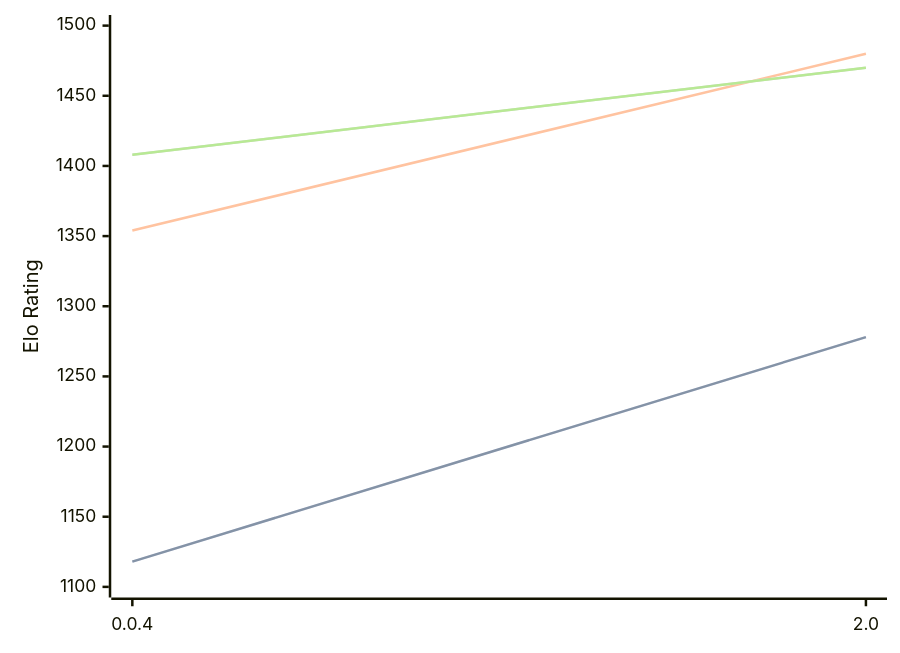
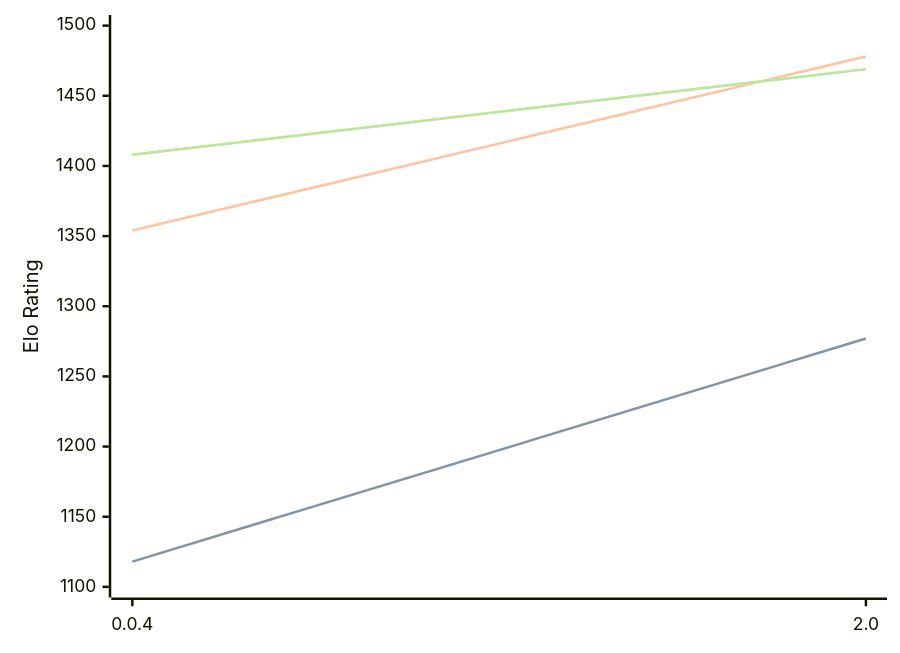
Before and after one commit to computer-chess-index/cci: the diagram in engines/Oops!Mate.md, drawn with Mermaid. The commit also changed other lines of this file, not shown here.

Commit message:
Update CCI Ratings (ELO VLTC) - 2026-04-07

````diff
--- a/engines/Oops!Mate.md
+++ b/engines/Oops!Mate.md
@@ -51,11 +51,11 @@
 ```mermaid
 %%{init: {"theme":"base","themeVariables":{"seriesColors:['#a3a3a3','#222221','#faa371']}}}%%
 xychart-beta
   x-axis ["0.0.4", "2.0"]
   y-axis "Elo Rating" 1100 --> 1500
-  line "STC (8.0+0.08s)" [1118, 1278]
-  line "STC (8.0+0.08s)" [1118, 1278]
-  line "LTC (60.0+0.60s)" [1354, 1480]
-  line "VLTC (2m24s+1.12s)" [1408, 1470]
-  line "VLTC (2m24s+1.12s)" [1408, 1470]
+  line "STC (8.0+0.08s)" [1118, 1277]
+  line "STC (8.0+0.08s)" [1118, 1277]
+  line "LTC (60.0+0.60s)" [1354, 1478]
+  line "VLTC (2m24s+1.12s)" [1408, 1469]
+  line "VLTC (2m24s+1.12s)" [1408, 1469]
 ```
````
